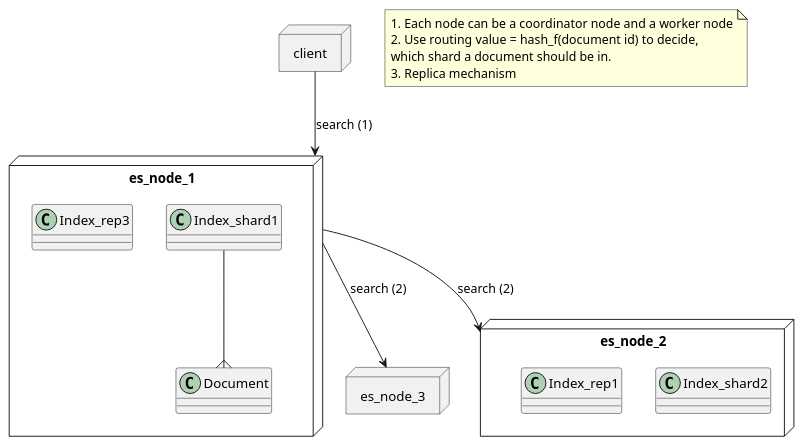
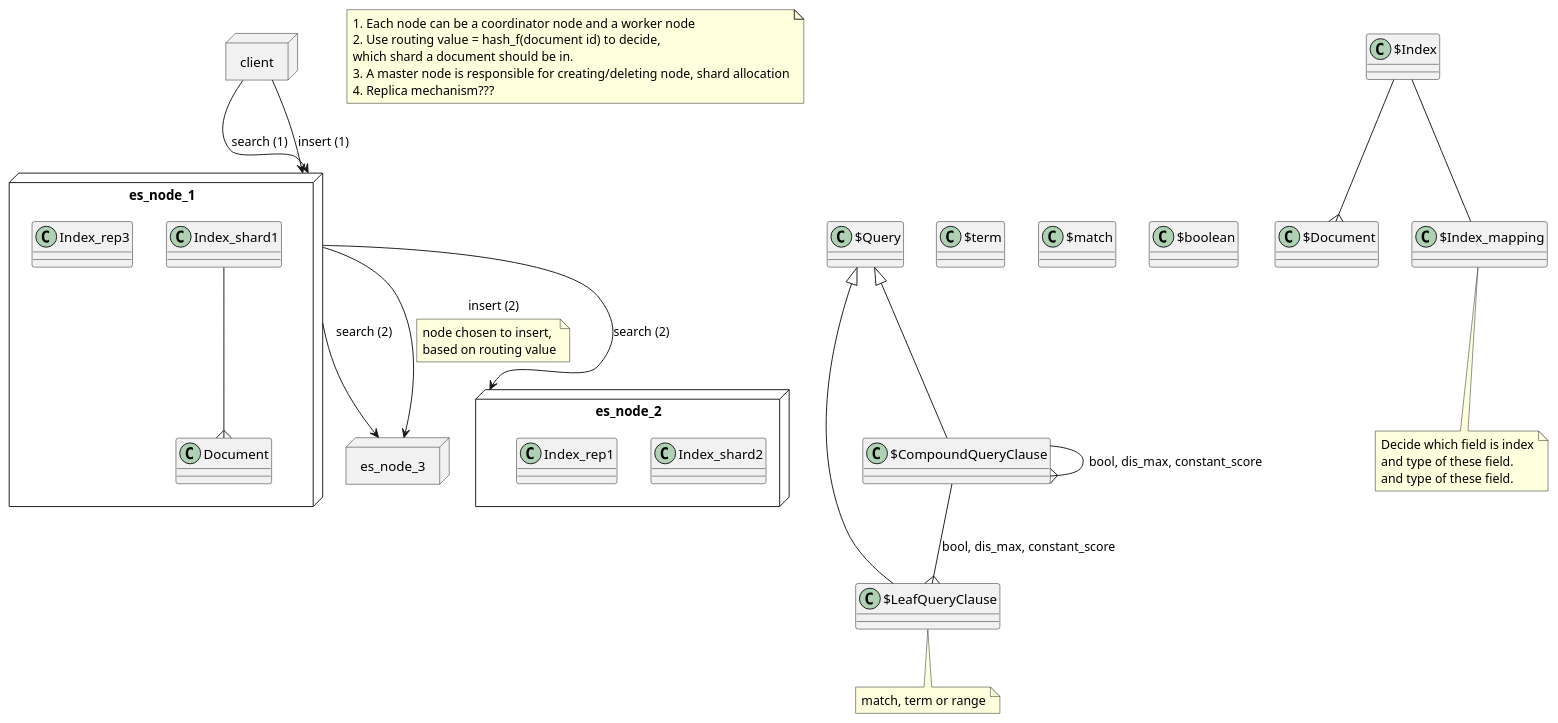
The diagram in diagram/es-architecture.plantuml (hoangnpdev/scalable-rtc-BE-demo), drawn with PlantUML before and after one commit. The commit also changed 14 other files, not shown here.

```diff
--- a/diagram/es-architecture.plantuml
+++ b/diagram/es-architecture.plantuml
@@ -1,33 +1,81 @@
 @startuml
-package client <<Node>> {
-}
+
+together {
+    package client <<Node>> {
+    }
+
+    package es_node_1 <<Node>> {
+        class Index_shard1
+        class Document
+        Index_shard1 --{ Document
+        class Index_rep3
+    }
+
+    package es_node_2 <<Node>> {
+        class Index_shard2
+        class Index_rep1
+    }
+
+    package es_node_3 <<Node>> {
+    }
+    note as global
+    1. Each node can be a coordinator node and a worker node
+    2. Use routing value = hash_f(document id) to decide,
+    which shard a document should be in.
+    3. A master node is responsible for creating/deleting node, shard allocation
+    4. Replica mechanism???
+    end note
 
 
-package es_node_1 <<Node>> {
-    class Index_shard1
-    class Document
-    Index_shard1 --{ Document
-    class Index_rep3
-}
-
-package es_node_2 <<Node>> {
-    class Index_shard2
-    class Index_rep1
-}
-
-package es_node_3 <<Node>> {
-}
-
-
+'search flow
 client --> es_node_1: search (1)
 es_node_1 --> es_node_2: search (2)
 es_node_1 --> es_node_3: search (2)
 
-note as global
-1. Each node can be a coordinator node and a worker node
-2. Use routing value = hash_f(document id) to decide,
-which shard a document should be in.
-3. Replica mechanism
+'insert flow
+client --> es_node_1: insert (1)
+es_node_1 --> es_node_3: insert (2)
+note on link
+node chosen to insert,
+based on routing value
+end note
+}
+
+together {
+    class $Index
+    class $Document
+    class $Index_mapping
+    class $Index_mapping
+
+$Index --{ $Document
+$Index -- $Index_mapping
+
+note bottom of $Index_mapping
+Decide which field is index
+and type of these field.
+and type of these field.
 end note
 
+}
+
+
+together {
+    class $Query
+    class $LeafQueryClause
+    class $CompoundQueryClause
+    class $term
+    class $match
+    class $boolean
+
+    $Query ^-- $LeafQueryClause
+    $Query ^-- $CompoundQueryClause
+
+    $CompoundQueryClause --{ $CompoundQueryClause: bool, dis_max, constant_score
+    $CompoundQueryClause --{ $LeafQueryClause: bool, dis_max, constant_score
+
+    note bottom of $LeafQueryClause
+    match, term or range
+    end note
+}
+
 @enduml
```
